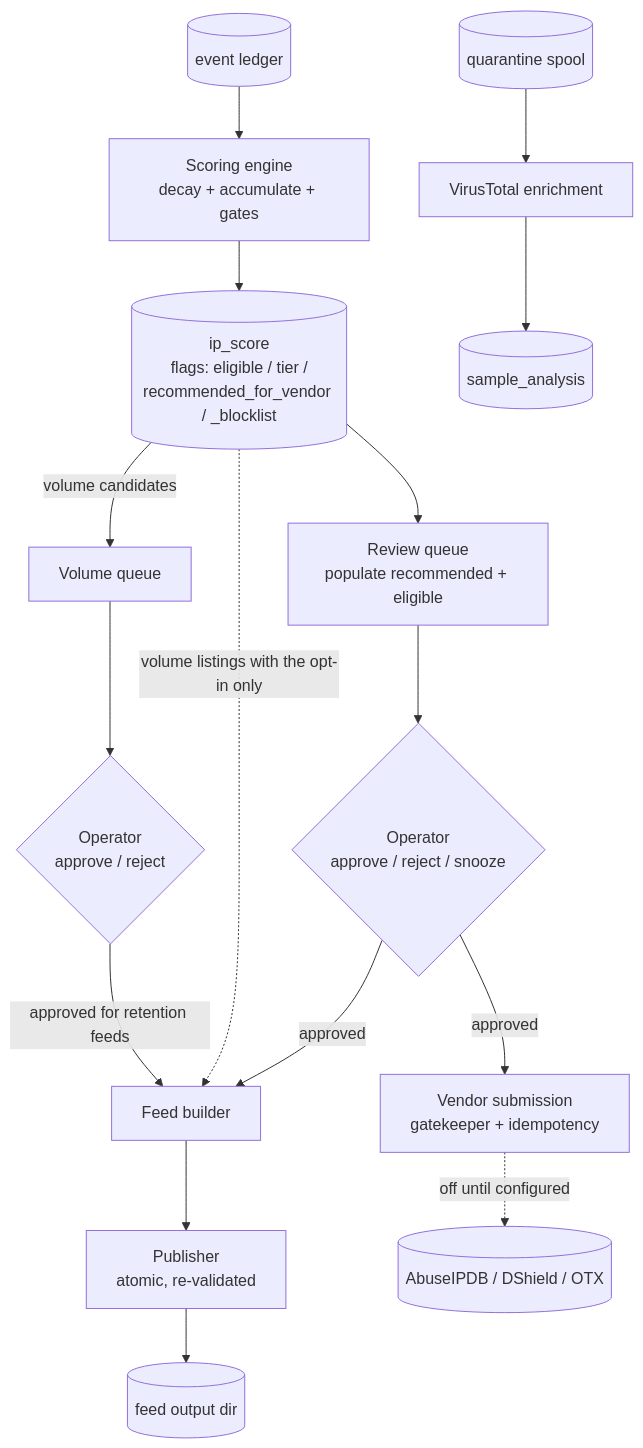
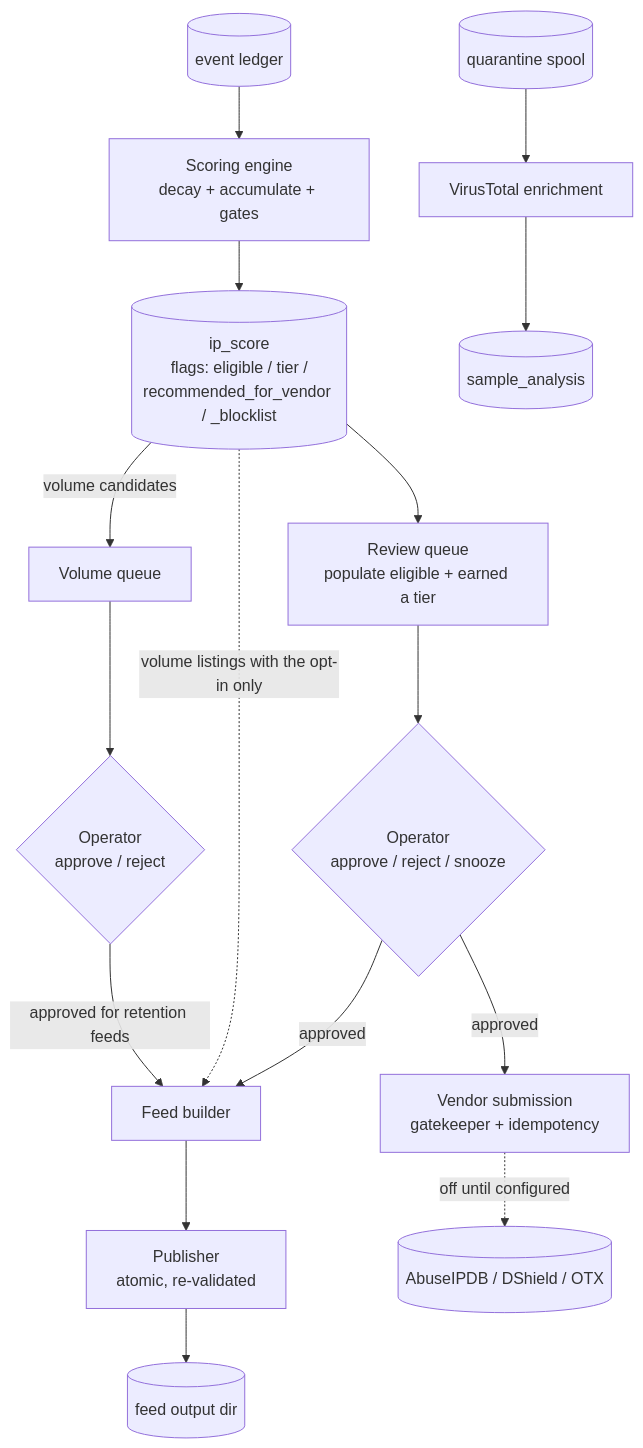
The diagram in docs/architecture/pipeline.md (brandontroidl/Propolis), drawn with Mermaid before and after one commit. The commit also changed other lines of this file and 74 other files, not shown here.

````diff
--- a/docs/architecture/pipeline.md
+++ b/docs/architecture/pipeline.md
@@ -26,18 +26,18 @@
 ```mermaid
 flowchart TD
   E[(event ledger)] --> S[Scoring engine<br/>decay + accumulate + gates]
   S --> P[(ip_score<br/>flags: eligible / tier /<br/>recommended_for_vendor / _blocklist)]
-  P --> RQ[Review queue<br/>populate recommended + eligible]
+  P --> RQ[Review queue<br/>populate eligible + earned a tier]
   RQ --> OP{Operator<br/>approve / reject / snooze}
   P -->|volume candidates| VQ[Volume queue]
   VQ --> VO{Operator<br/>approve / reject}
   VO -->|approved for retention feeds| FB[Feed builder]
   P -.volume listings with the opt-in only.-> FB
   OP -->|approved| FB
   FB --> FP[Publisher<br/>atomic, re-validated]
   FP --> FO[(feed output dir)]
   OP -->|approved| VS[Vendor submission<br/>gatekeeper + idempotency]
   VS -.off until configured.-> V[(AbuseIPDB / DShield / OTX)]
   SP[(quarantine spool)] --> VT[VirusTotal enrichment]
   VT --> SA[(sample_analysis)]
 ```
````
